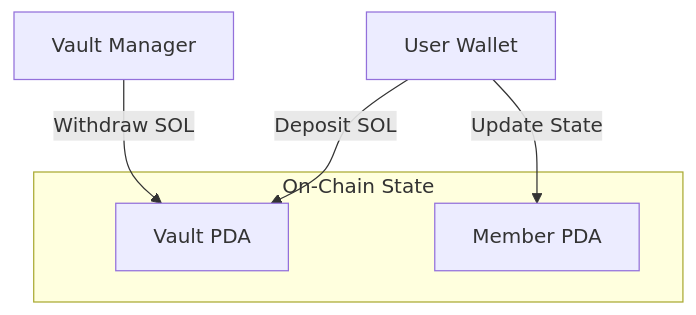
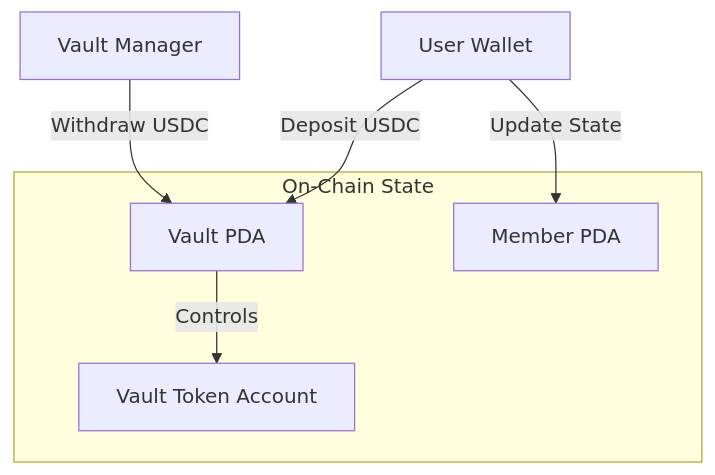
The diagram in README.md (Juggernaut7/nexapay-savings-program), drawn with Mermaid before and after one commit. The commit also changed other lines of this file and 8 other files, not shown here.

Commit message:
feat: Add SPL Token (USDC) support and Durable Nonce documentation

````diff
--- a/README.md
+++ b/README.md
@@ -17,11 +17,14 @@
 ```mermaid
 graph TD
-    User[User Wallet] -->|Deposit SOL| VaultPDA[Vault PDA]
+    User[User Wallet] -->|Deposit USDC| VaultPDA[Vault PDA]
     User -->|Update State| MemberPDA[Member PDA]
-    Authority[Vault Manager] -->|Withdraw SOL| VaultPDA
+    Authority[Vault Manager] -->|Withdraw USDC| VaultPDA
     
     subgraph On-Chain State
         VaultPDA
         MemberPDA
+        VaultTokenAccount[Vault Token Account]
     end
+    
+    VaultPDA -->|Controls| VaultTokenAccount
 ```
````
